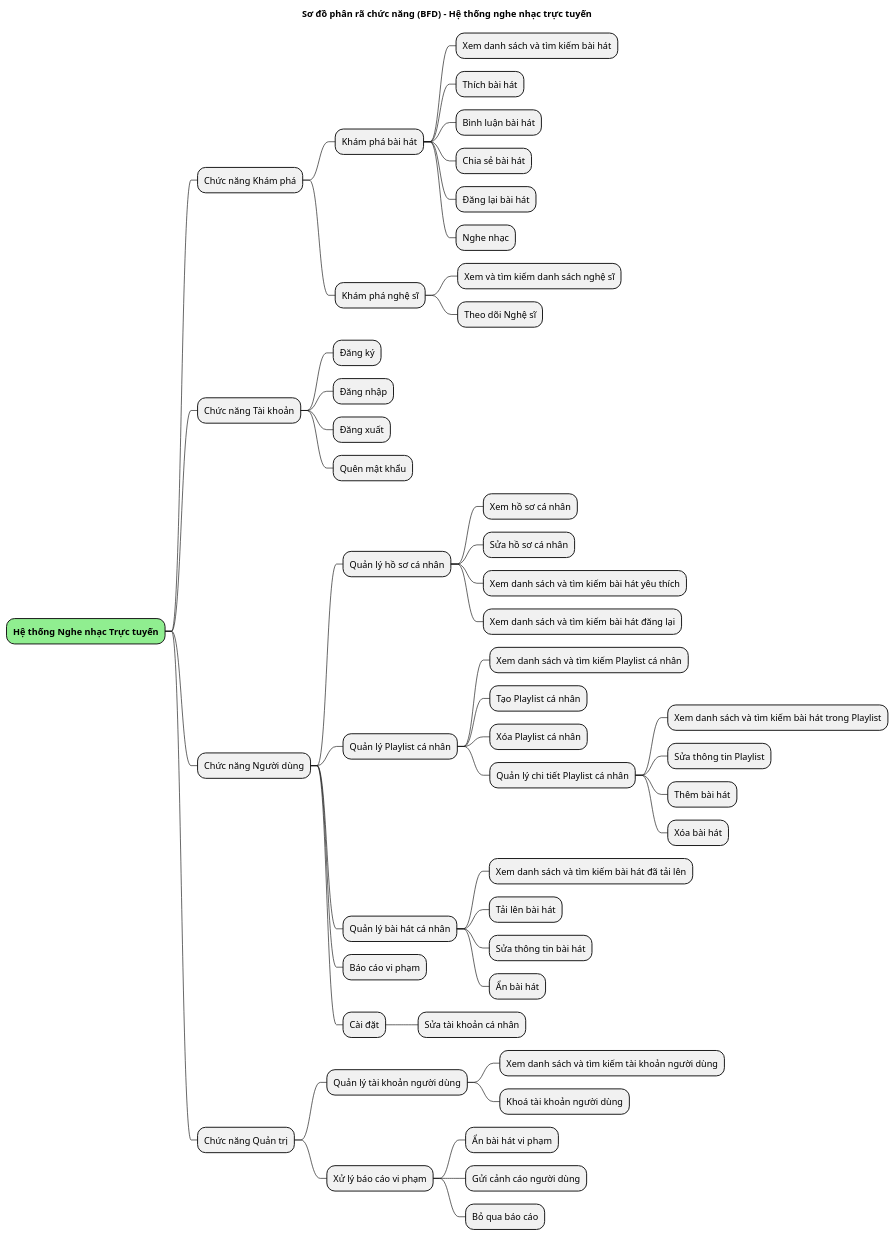
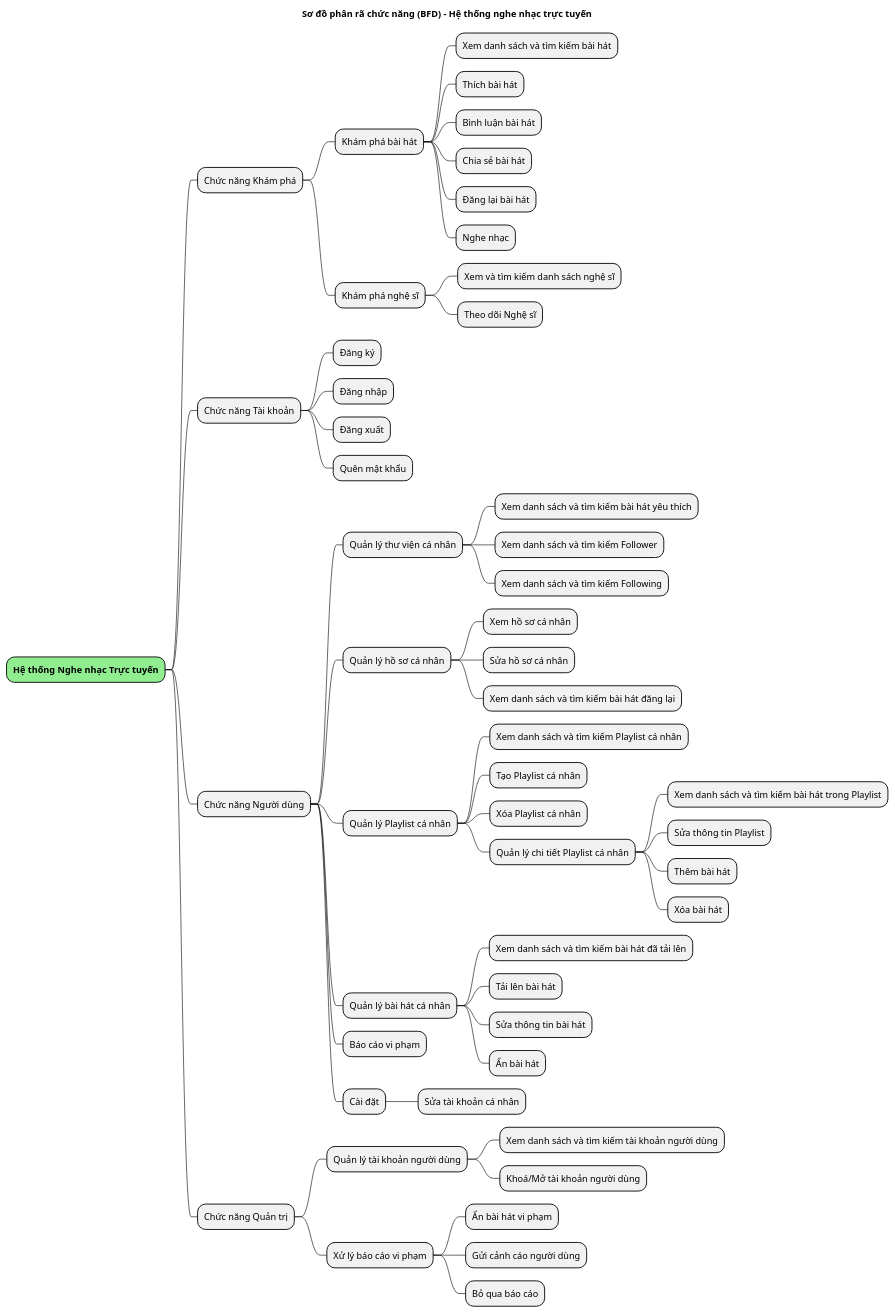
The diagram in Diagrams/BFD.plantuml (vinh047/soundwave), drawn with PlantUML before and after one commit. The commit also changed 7 other files, not shown here.

Commit message:
Thêm chức năng Quản lý thư viện vào sơ đồ

```diff
--- a/Diagrams/BFD.plantuml
+++ b/Diagrams/BFD.plantuml
@@ -1,53 +1,56 @@
 @startmindmap BFD
 title Sơ đồ phân rã chức năng (BFD) - Hệ thống nghe nhạc trực tuyến
 
 *[#lightgreen] **Hệ thống Nghe nhạc Trực tuyến**
 ** Chức năng Khám phá
 *** Khám phá bài hát
 **** Xem danh sách và tìm kiếm bài hát
 **** Thích bài hát
 **** Bình luận bài hát
 **** Chia sẻ bài hát
 **** Đăng lại bài hát
 **** Nghe nhạc
 *** Khám phá nghệ sĩ
 **** Xem và tìm kiếm danh sách nghệ sĩ
 **** Theo dõi Nghệ sĩ
 ** Chức năng Tài khoản
 *** Đăng ký
 *** Đăng nhập
 *** Đăng xuất
 *** Quên mật khẩu
 ** Chức năng Người dùng
+*** Quản lý thư viện cá nhân
+**** Xem danh sách và tìm kiếm bài hát yêu thích
+**** Xem danh sách và tìm kiếm Follower
+**** Xem danh sách và tìm kiếm Following
 *** Quản lý hồ sơ cá nhân
 **** Xem hồ sơ cá nhân
 **** Sửa hồ sơ cá nhân
-**** Xem danh sách và tìm kiếm bài hát yêu thích
 **** Xem danh sách và tìm kiếm bài hát đăng lại
 *** Quản lý Playlist cá nhân
 **** Xem danh sách và tìm kiếm Playlist cá nhân
 **** Tạo Playlist cá nhân
 **** Xóa Playlist cá nhân
 **** Quản lý chi tiết Playlist cá nhân
 ***** Xem danh sách và tìm kiếm bài hát trong Playlist
 ***** Sửa thông tin Playlist
 ***** Thêm bài hát
 ***** Xóa bài hát
 *** Quản lý bài hát cá nhân
 **** Xem danh sách và tìm kiếm bài hát đã tải lên
 **** Tải lên bài hát
 **** Sửa thông tin bài hát
 **** Ẩn bài hát
 *** Báo cáo vi phạm
 *** Cài đặt
 **** Sửa tài khoản cá nhân
 ** Chức năng Quản trị
 *** Quản lý tài khoản người dùng
 **** Xem danh sách và tìm kiếm tài khoản người dùng
-**** Khoá tài khoản người dùng
+**** Khoá/Mở tài khoản người dùng
 *** Xử lý báo cáo vi phạm
 **** Ẩn bài hát vi phạm
 **** Gửi cảnh cáo người dùng
 **** Bỏ qua báo cáo
 
 @endmindmap
```
